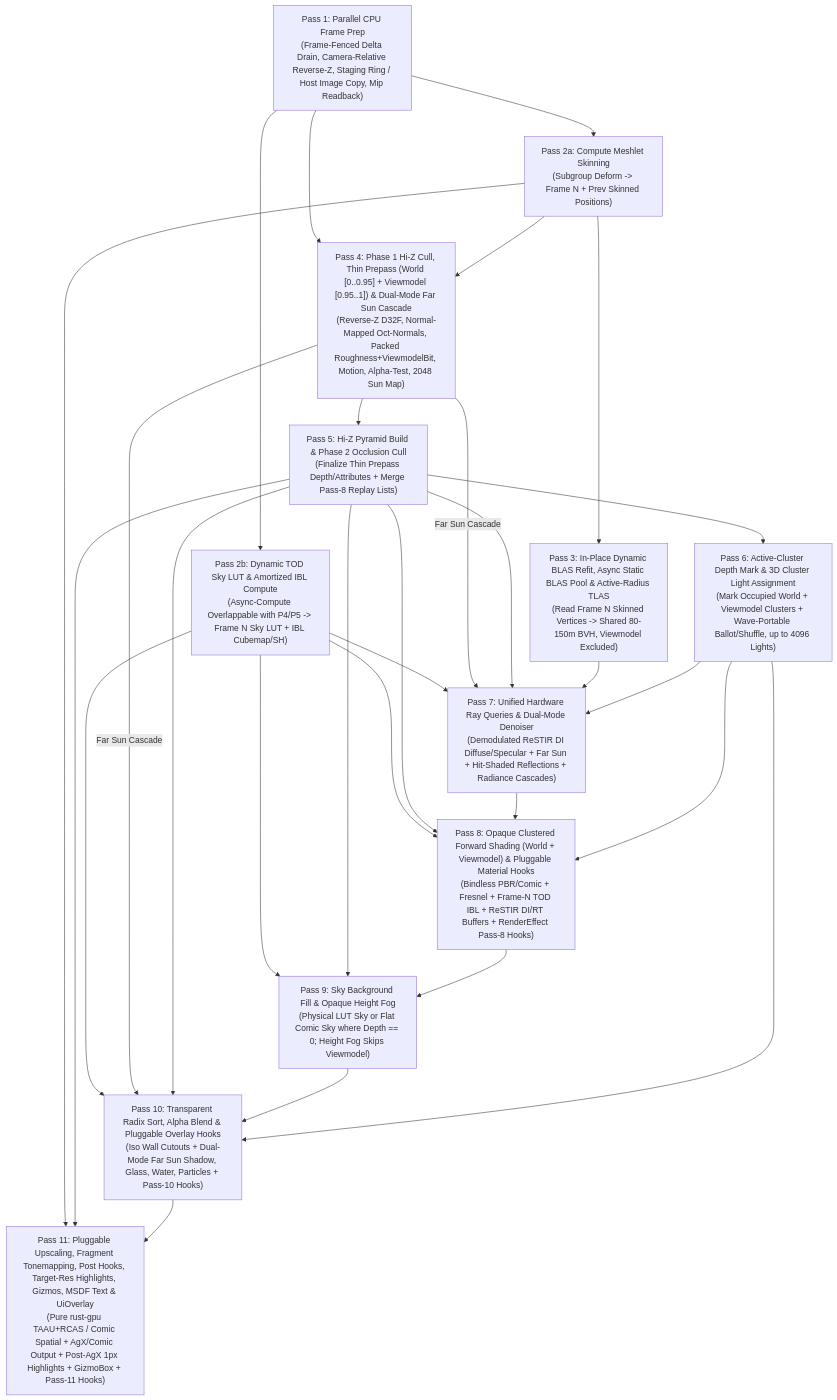
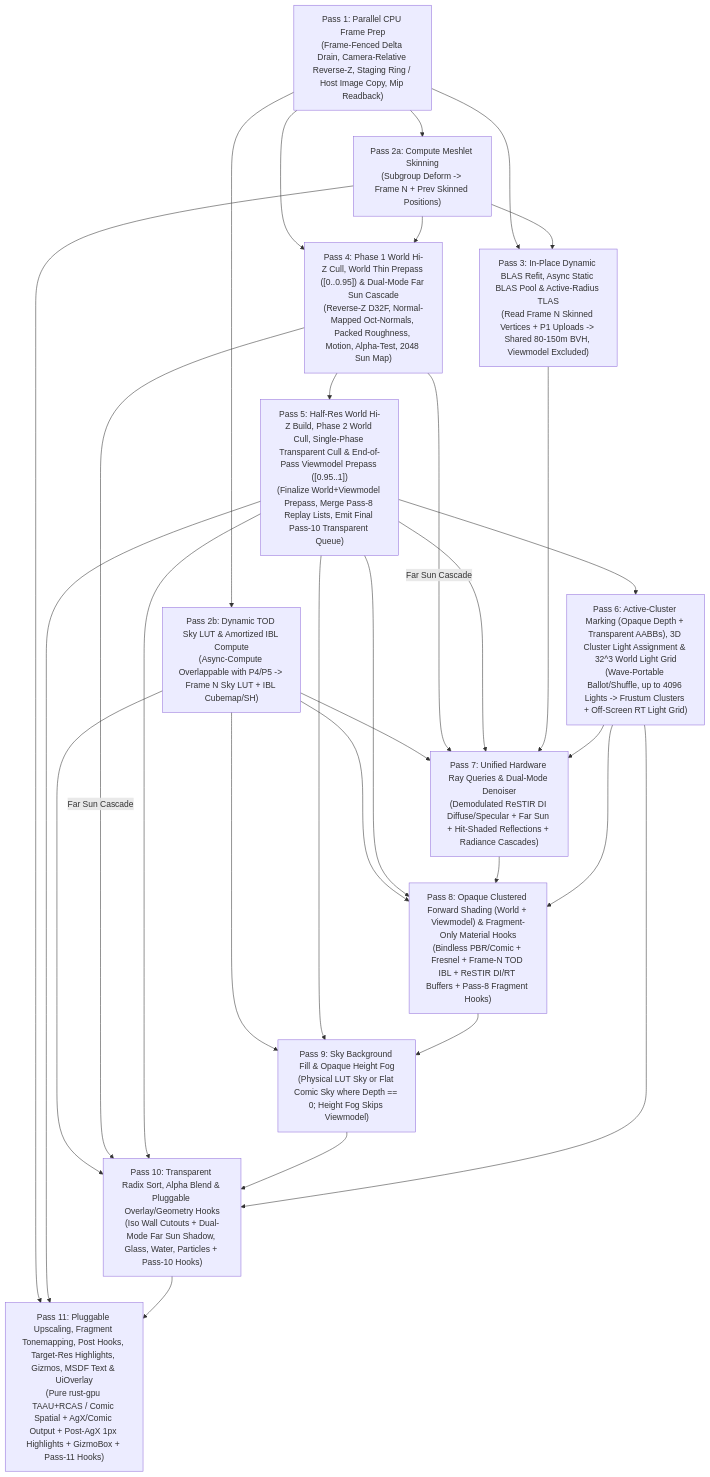
The diagram in docs/graphics-architecture.md (dragon-engine/dragon-engine), drawn with Mermaid before and after one commit. The commit also changed other lines of this file and 2 other files, not shown here.

First line of the commit message:
Refine graphics architecture and plan docs

````diff
--- a/docs/graphics-architecture.md
+++ b/docs/graphics-architecture.md
@@ -45,43 +45,44 @@
 ```mermaid
 flowchart TD
     P1["Pass 1: Parallel CPU Frame Prep\n(Frame-Fenced Delta Drain, Camera-Relative Reverse-Z, Staging Ring / Host Image Copy, Mip Readback)"]
     P2A["Pass 2a: Compute Meshlet Skinning\n(Subgroup Deform -> Frame N + Prev Skinned Positions)"]
     P2B["Pass 2b: Dynamic TOD Sky LUT & Amortized IBL Compute\n(Async-Compute Overlappable with P4/P5 -> Frame N Sky LUT + IBL Cubemap/SH)"]
-    P3["Pass 3: In-Place Dynamic BLAS Refit, Async Static BLAS Pool & Active-Radius TLAS\n(Read Frame N Skinned Vertices -> Shared 80-150m BVH, Viewmodel Excluded)"]
-    P4["Pass 4: Phase 1 Hi-Z Cull, Thin Prepass (World [0..0.95] + Viewmodel [0.95..1]) & Dual-Mode Far Sun Cascade\n(Reverse-Z D32F, Normal-Mapped Oct-Normals, Packed Roughness+ViewmodelBit, Motion, Alpha-Test, 2048 Sun Map)"]
-    P5["Pass 5: Hi-Z Pyramid Build & Phase 2 Occlusion Cull\n(Finalize Thin Prepass Depth/Attributes + Merge Pass-8 Replay Lists)"]
-    P6["Pass 6: Active-Cluster Depth Mark & 3D Cluster Light Assignment\n(Mark Occupied World + Viewmodel Clusters + Wave-Portable Ballot/Shuffle, up to 4096 Lights)"]
+    P3["Pass 3: In-Place Dynamic BLAS Refit, Async Static BLAS Pool & Active-Radius TLAS\n(Read Frame N Skinned Vertices + P1 Uploads -> Shared 80-150m BVH, Viewmodel Excluded)"]
+    P4["Pass 4: Phase 1 World Hi-Z Cull, World Thin Prepass ([0..0.95]) & Dual-Mode Far Sun Cascade\n(Reverse-Z D32F, Normal-Mapped Oct-Normals, Packed Roughness, Motion, Alpha-Test, 2048 Sun Map)"]
+    P5["Pass 5: Half-Res World Hi-Z Build, Phase 2 World Cull, Single-Phase Transparent Cull & End-of-Pass Viewmodel Prepass ([0.95..1])\n(Finalize World+Viewmodel Prepass, Merge Pass-8 Replay Lists, Emit Final Pass-10 Transparent Queue)"]
+    P6["Pass 6: Active-Cluster Marking (Opaque Depth + Transparent AABBs), 3D Cluster Light Assignment & 32^3 World Light Grid\n(Wave-Portable Ballot/Shuffle, up to 4096 Lights -> Frustum Clusters + Off-Screen RT Light Grid)"]
     P7["Pass 7: Unified Hardware Ray Queries & Dual-Mode Denoiser\n(Demodulated ReSTIR DI Diffuse/Specular + Far Sun + Hit-Shaded Reflections + Radiance Cascades)"]
-    P8["Pass 8: Opaque Clustered Forward Shading (World + Viewmodel) & Pluggable Material Hooks\n(Bindless PBR/Comic + Fresnel + Frame-N TOD IBL + ReSTIR DI/RT Buffers + RenderEffect Pass-8 Hooks)"]
+    P8["Pass 8: Opaque Clustered Forward Shading (World + Viewmodel) & Fragment-Only Material Hooks\n(Bindless PBR/Comic + Fresnel + Frame-N TOD IBL + ReSTIR DI/RT Buffers + Pass-8 Fragment Hooks)"]
     P9["Pass 9: Sky Background Fill & Opaque Height Fog\n(Physical LUT Sky or Flat Comic Sky where Depth == 0; Height Fog Skips Viewmodel)"]
-    P10["Pass 10: Transparent Radix Sort, Alpha Blend & Pluggable Overlay Hooks\n(Iso Wall Cutouts + Dual-Mode Far Sun Shadow, Glass, Water, Particles + Pass-10 Hooks)"]
+    P10["Pass 10: Transparent Radix Sort, Alpha Blend & Pluggable Overlay/Geometry Hooks\n(Iso Wall Cutouts + Dual-Mode Far Sun Shadow, Glass, Water, Particles + Pass-10 Hooks)"]
     P11["Pass 11: Pluggable Upscaling, Fragment Tonemapping, Post Hooks, Target-Res Highlights, Gizmos, MSDF Text & UiOverlay\n(Pure rust-gpu TAAU+RCAS / Comic Spatial + AgX/Comic Output + Post-AgX 1px Highlights + GizmoBox + Pass-11 Hooks)"]
 
     P1 --> P2A
     P1 --> P2B
+    P1 --> P3
     P1 --> P4
     P2A --> P3
     P2A --> P4
     P2A --> P11
     P2B --> P7
     P2B --> P8
     P2B --> P9
     P2B --> P10
     P4 --> P5
     P4 -->|Far Sun Cascade| P7
     P4 -->|Far Sun Cascade| P10
     P5 --> P6
     P5 --> P7
     P5 --> P8
     P5 --> P9
     P5 --> P10
     P5 --> P11
     P3 --> P7
     P6 --> P7
     P7 --> P8
     P6 --> P8
     P8 --> P9
     P9 --> P10
     P6 --> P10
     P10 --> P11
 ```
````
